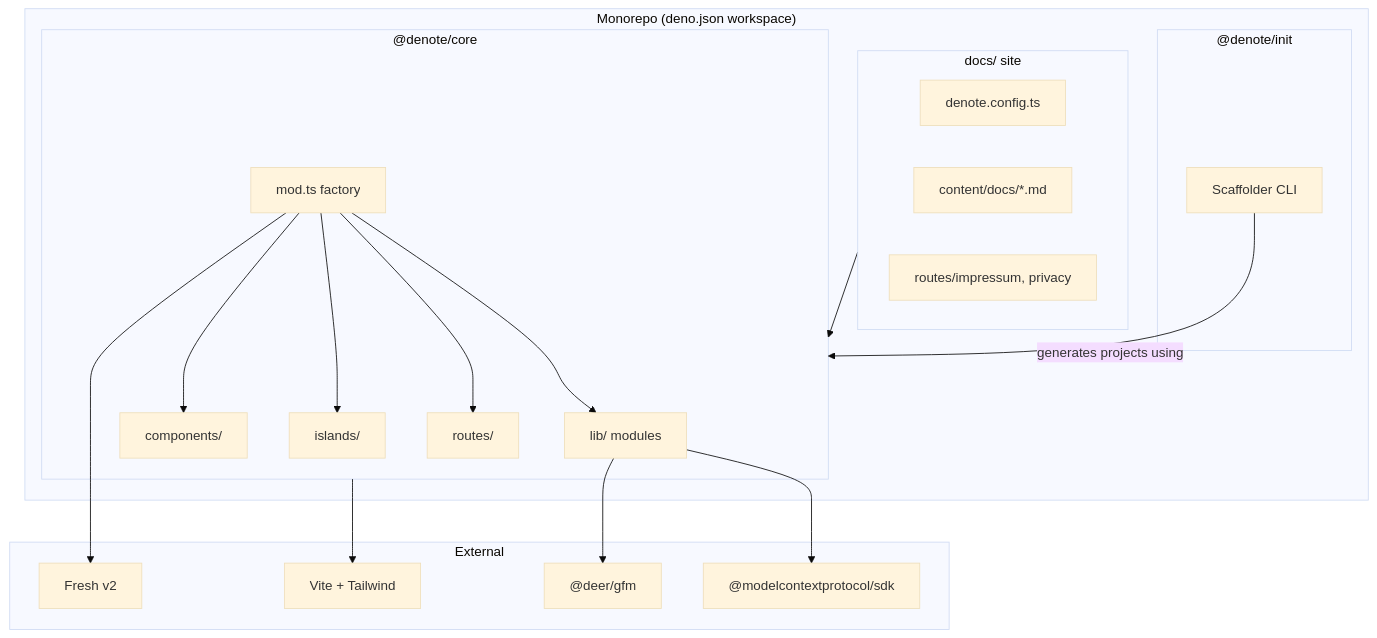
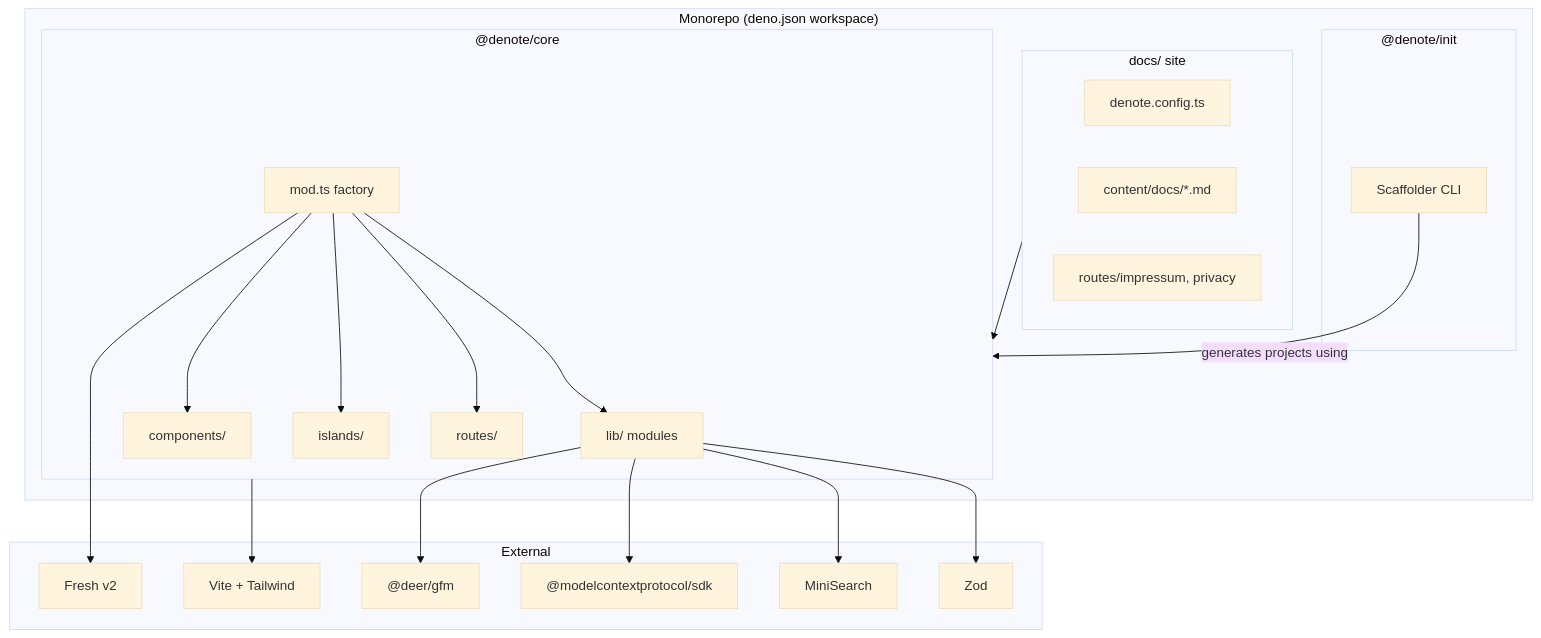
Before and after one commit to deer/denote: the first of 7 diagrams in docs/CODEBASE_MAP.md, drawn with Mermaid (base theme). The commit also changed other lines of this file and 3 other files, not shown here.

````diff
--- a/docs/CODEBASE_MAP.md
+++ b/docs/CODEBASE_MAP.md
@@ -13,38 +13,42 @@
 ```mermaid
 graph TB
     subgraph Monorepo["Monorepo (deno.json workspace)"]
         subgraph Core["@denote/core"]
             Lib[lib/ modules]
             Components[components/]
             Islands[islands/]
             Routes[routes/]
             ModTS[mod.ts factory]
         end
         subgraph Init["@denote/init"]
             Scaffold[Scaffolder CLI]
         end
         subgraph Docs["docs/ site"]
             DocsConfig[denote.config.ts]
             Content[content/docs/*.md]
             CustomRoutes[routes/impressum, privacy]
         end
     end
 
     subgraph External
         Fresh[Fresh v2]
         Vite[Vite + Tailwind]
         GFM["@deer/gfm"]
         MCP_SDK["@modelcontextprotocol/sdk"]
+        MiniSearchLib[MiniSearch]
+        Zod[Zod]
     end
 
     ModTS --> Lib
     ModTS --> Components
     ModTS --> Islands
     ModTS --> Routes
     Docs --> Core
     Scaffold -->|generates projects using| Core
     Lib --> GFM
     Lib --> MCP_SDK
+    Lib --> MiniSearchLib
+    Lib --> Zod
     ModTS --> Fresh
     Core --> Vite
 ```
````
